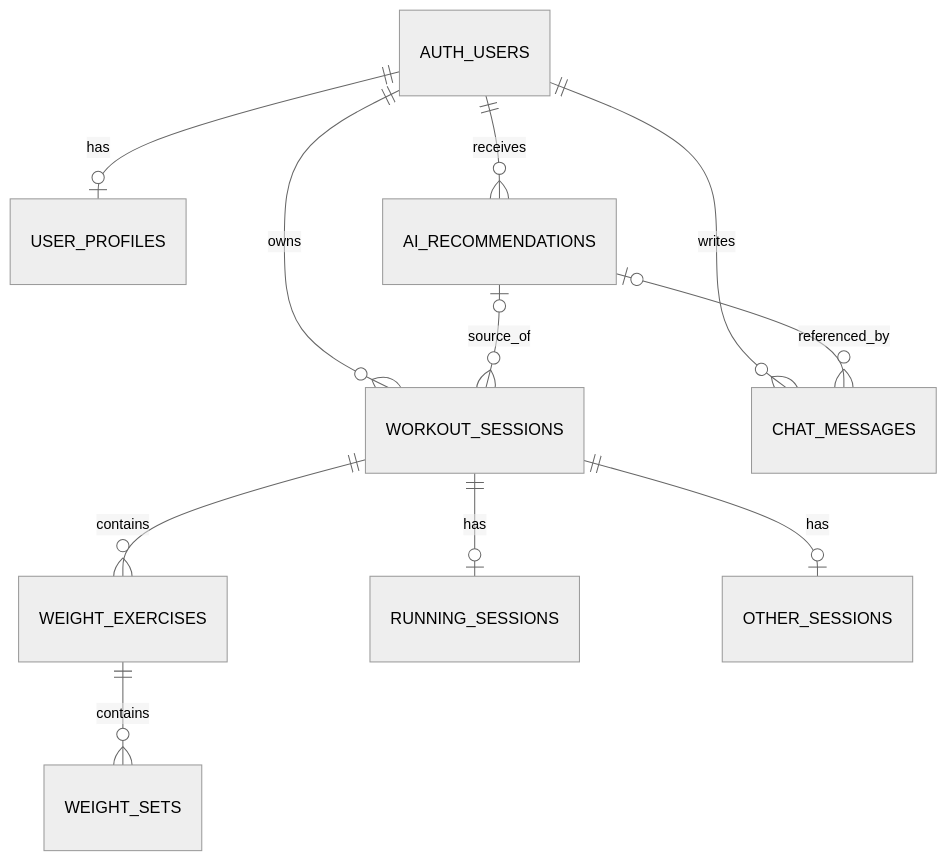
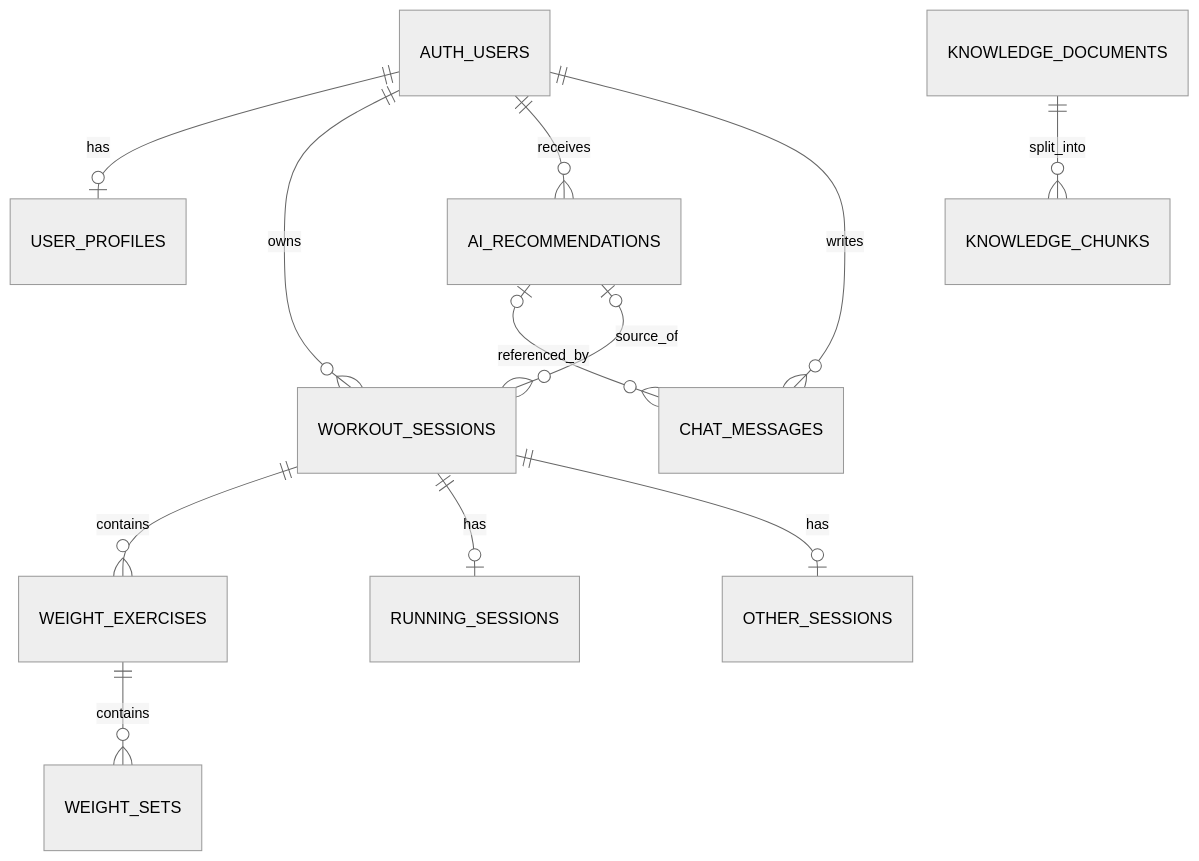
Before and after one commit to kwonup/fit-pt: the third of 3 diagrams in README.md, drawn with Mermaid (neutral theme). The commit also changed other lines of this file and 6 other files, not shown here.

````diff
--- a/README.md
+++ b/README.md
@@ -269,13 +292,14 @@
 ```mermaid
 erDiagram
     AUTH_USERS ||--o| USER_PROFILES : has
     AUTH_USERS ||--o{ WORKOUT_SESSIONS : owns
     WORKOUT_SESSIONS ||--o{ WEIGHT_EXERCISES : contains
     WEIGHT_EXERCISES ||--o{ WEIGHT_SETS : contains
     WORKOUT_SESSIONS ||--o| RUNNING_SESSIONS : has
     WORKOUT_SESSIONS ||--o| OTHER_SESSIONS : has
     AUTH_USERS ||--o{ AI_RECOMMENDATIONS : receives
     AUTH_USERS ||--o{ CHAT_MESSAGES : writes
     AI_RECOMMENDATIONS o|--o{ CHAT_MESSAGES : referenced_by
     AI_RECOMMENDATIONS o|--o{ WORKOUT_SESSIONS : source_of
+    KNOWLEDGE_DOCUMENTS ||--o{ KNOWLEDGE_CHUNKS : split_into
 ```
````
